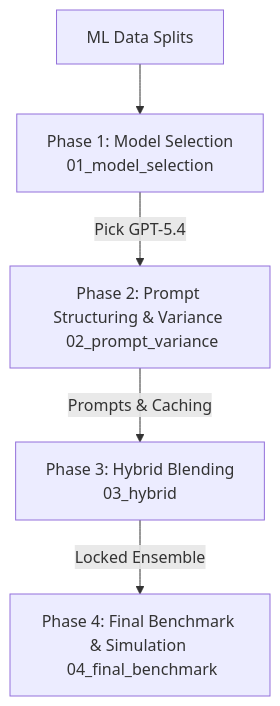
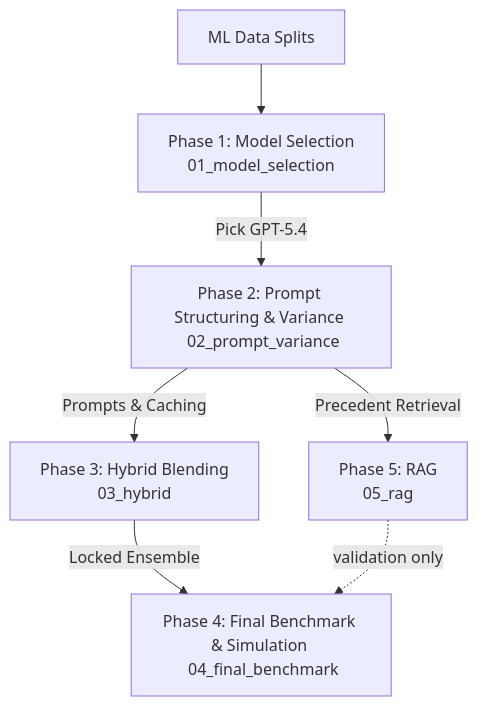
One commit to jadzoghaib/Sabadell_Capstone changed the diagram in notebooks/llm_models/README.md. Above: the diagram before and after it, drawn with Mermaid. The commit also changed other lines of this file and 5 other files, not shown here.

First line of the commit message:
Docs: sync READMEs with RAG phase, Phase-4 consolidation, and SHAP

````diff
--- a/notebooks/llm_models/README.md
+++ b/notebooks/llm_models/README.md
@@ -19,7 +19,9 @@
 ```mermaid
 graph TD
     A[ML Data Splits] --> B[Phase 1: Model Selection <br> 01_model_selection]
     B -->|Pick GPT-5.4| C[Phase 2: Prompt Structuring & Variance <br> 02_prompt_variance]
     C -->|Prompts & Caching| D[Phase 3: Hybrid Blending <br> 03_hybrid]
+    C -->|Precedent Retrieval| F[Phase 5: RAG <br> 05_rag]
     D -->|Locked Ensemble| E[Phase 4: Final Benchmark & Simulation <br> 04_final_benchmark]
+    F -.validation only.-> E
 ```
````
